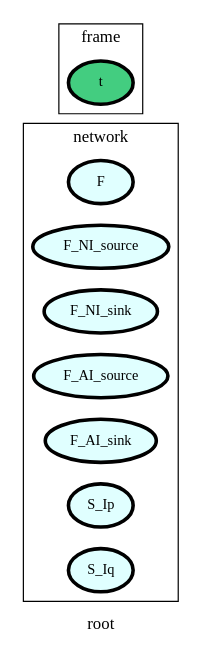
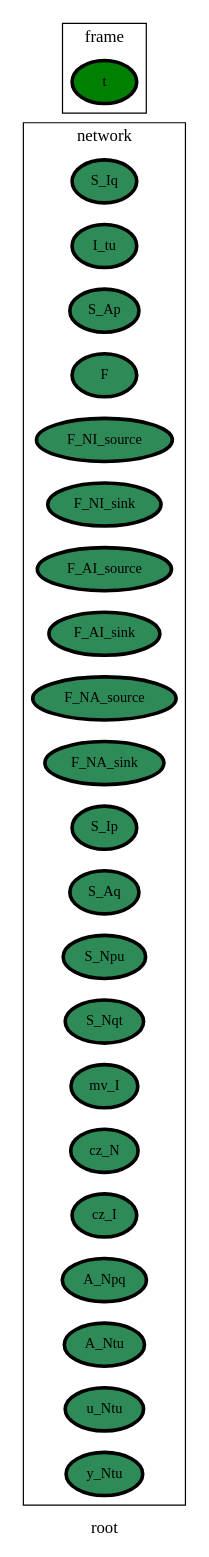
One commit to heinz-preisig/ProMo13 changed the diagram in packages/Common/RepositoryInfrastructure/ontology_graphs/graph__root.dot. Above: the diagram before and after it, drawn with Graphviz. The commit also changed 50 other files, not shown here.

```diff
--- a/packages/Common/RepositoryInfrastructure/ontology_graphs/graph__root.dot
+++ b/packages/Common/RepositoryInfrastructure/ontology_graphs/graph__root.dot
@@ -1,32 +1,46 @@
 digraph root {
 label=root;
 rankdir=LR;
 subgraph cluster_root___network {
 label=network;
 rankdir=LR;
-V_2 [fillcolor=lightcyan1, fontsize=12, label=F, penwidth=3, style=filled];
-V_3 [fillcolor=lightcyan1, fontsize=12, label=F_NI_source, penwidth=3, style=filled];
-V_4 [fillcolor=lightcyan1, fontsize=12, label=F_NI_sink, penwidth=3, style=filled];
-V_5 [fillcolor=lightcyan1, fontsize=12, label=F_AI_source, penwidth=3, style=filled];
-V_6 [fillcolor=lightcyan1, fontsize=12, label=F_AI_sink, penwidth=3, style=filled];
-V_7 [fillcolor=lightcyan1, fontsize=12, label=S_Ip, penwidth=3, style=filled];
-V_8 [fillcolor=lightcyan1, fontsize=12, label=S_Iq, penwidth=3, style=filled];
+V_10 [fillcolor=seagreen, fontsize=12, label=S_Iq, penwidth=3, style=filled];
+V_11 [fillcolor=seagreen, fontsize=12, label=I_tu, penwidth=3, style=filled];
+V_12 [fillcolor=seagreen, fontsize=12, label=S_Ap, penwidth=3, style=filled];
+V_2 [fillcolor=seagreen, fontsize=12, label=F, penwidth=3, style=filled];
+V_3 [fillcolor=seagreen, fontsize=12, label=F_NI_source, penwidth=3, style=filled];
+V_4 [fillcolor=seagreen, fontsize=12, label=F_NI_sink, penwidth=3, style=filled];
+V_5 [fillcolor=seagreen, fontsize=12, label=F_AI_source, penwidth=3, style=filled];
+V_6 [fillcolor=seagreen, fontsize=12, label=F_AI_sink, penwidth=3, style=filled];
+V_7 [fillcolor=seagreen, fontsize=12, label=F_NA_source, penwidth=3, style=filled];
+V_8 [fillcolor=seagreen, fontsize=12, label=F_NA_sink, penwidth=3, style=filled];
+V_9 [fillcolor=seagreen, fontsize=12, label=S_Ip, penwidth=3, style=filled];
+V_13 [fillcolor=seagreen, fontsize=12, label=S_Aq, penwidth=3, style=filled];
+V_14 [fillcolor=seagreen, fontsize=12, label=S_Npu, penwidth=3, style=filled];
+V_15 [fillcolor=seagreen, fontsize=12, label=S_Nqt, penwidth=3, style=filled];
+V_16 [fillcolor=seagreen, fontsize=12, label=mv_I, penwidth=3, style=filled];
+V_17 [fillcolor=seagreen, fontsize=12, label=cz_N, penwidth=3, style=filled];
+V_18 [fillcolor=seagreen, fontsize=12, label=cz_I, penwidth=3, style=filled];
+V_19 [fillcolor=seagreen, fontsize=12, label=A_Npq, penwidth=3, style=filled];
+V_20 [fillcolor=seagreen, fontsize=12, label=A_Ntu, penwidth=3, style=filled];
+V_21 [fillcolor=seagreen, fontsize=12, label=u_Ntu, penwidth=3, style=filled];
+V_22 [fillcolor=seagreen, fontsize=12, label=y_Ntu, penwidth=3, style=filled];
 }
 
 subgraph cluster_root___frame {
 label=frame;
 rankdir=LR;
-V_1 [fillcolor=seagreen3, fontsize=12, label=t, penwidth=3, style=filled];
+V_1 [fillcolor=green, fontsize=12, label=t, penwidth=3, style=filled];
 }
 
 subgraph cluster_root___state {
 label=state;
 rankdir=LR;
 }
 
 subgraph cluster_root___constant {
 label=constant;
 rankdir=LR;
 }
 
 }
```
